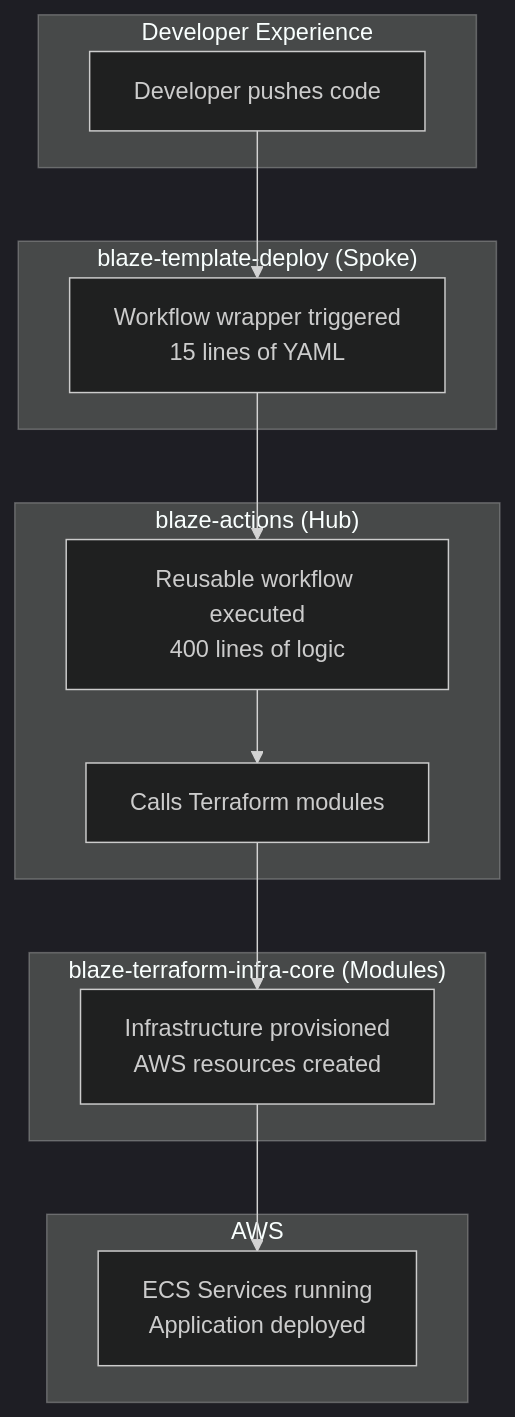
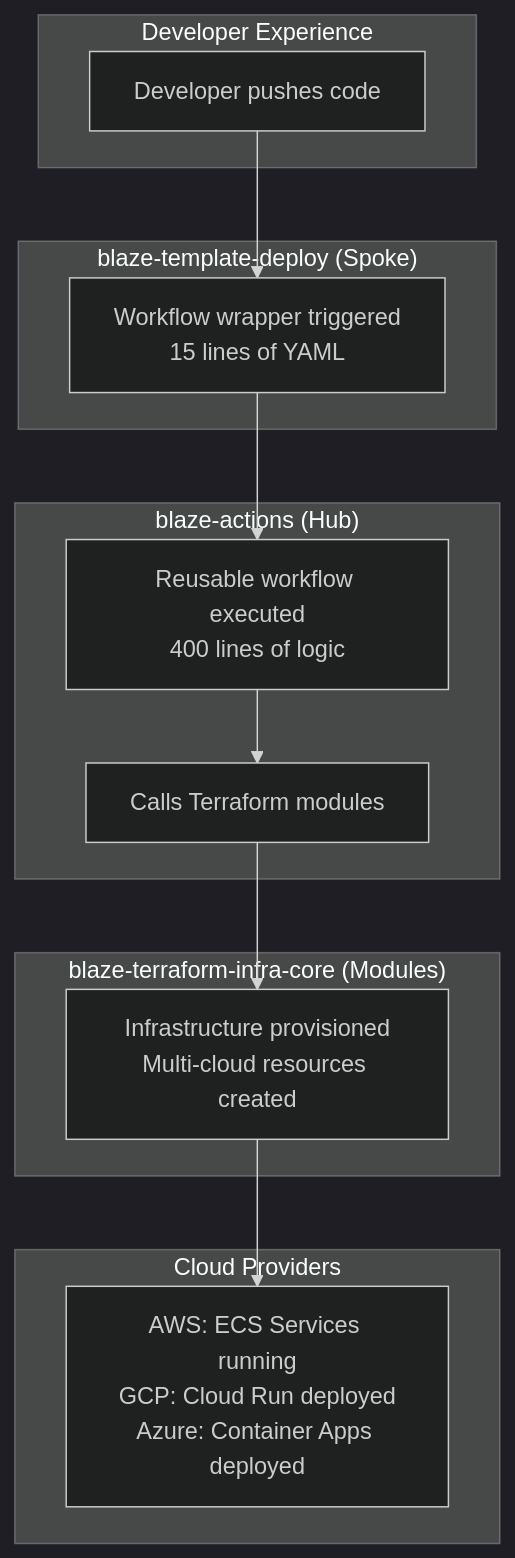
One commit to thisisblaze/blaze-actions changed the diagram in docs/prompts/google-notebooklm/PART_05_INTEGRATION_AND_WORKFLOWS.md. Above: the diagram before and after it, drawn with Mermaid (dark theme). The commit also changed other lines of this file and 16 other files, not shown here.

First line of the commit message:
feat(multi-cloud): enhance workflows for Azure/GCP support

````diff
--- a/docs/prompts/google-notebooklm/PART_05_INTEGRATION_AND_WORKFLOWS.md
+++ b/docs/prompts/google-notebooklm/PART_05_INTEGRATION_AND_WORKFLOWS.md
@@ -13,29 +13,29 @@
 ```mermaid
 flowchart TB
     subgraph "Developer Experience"
         A[Developer pushes code]
     end
 
     subgraph "blaze-template-deploy (Spoke)"
         B[Workflow wrapper triggered<br/>15 lines of YAML]
     end
 
     subgraph "blaze-actions (Hub)"
         C[Reusable workflow executed<br/>400 lines of logic]
         D[Calls Terraform modules]
     end
 
     subgraph "blaze-terraform-infra-core (Modules)"
-        E[Infrastructure provisioned<br/>AWS resources created]
+        E[Infrastructure provisioned<br/>Multi-cloud resources created]
     end
 
-    subgraph "AWS"
-        F[ECS Services running<br/>Application deployed]
+    subgraph "Cloud Providers"
+        F[AWS: ECS Services running<br/>GCP: Cloud Run deployed<br/>Azure: Container Apps deployed]
     end
 
     A --> B
     B --> C
     C --> D
     D --> E
     E --> F
 ```
````
